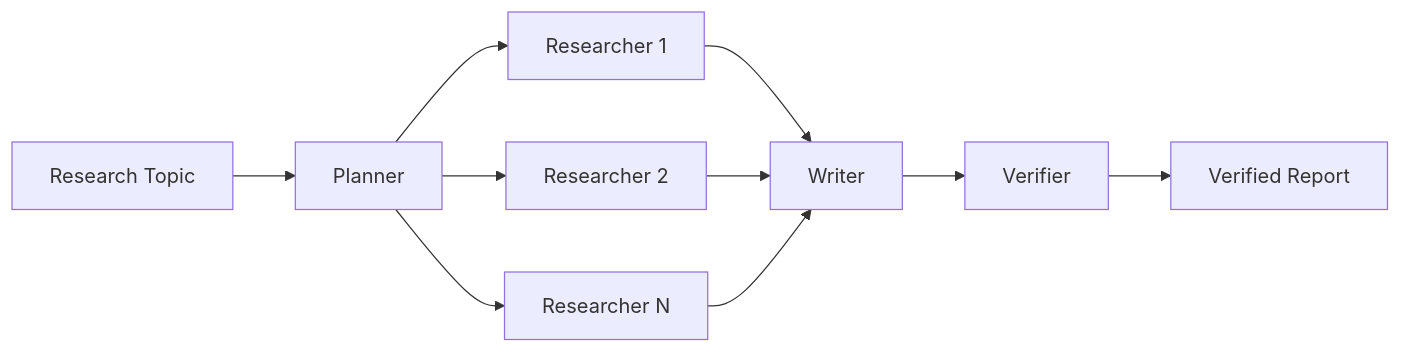
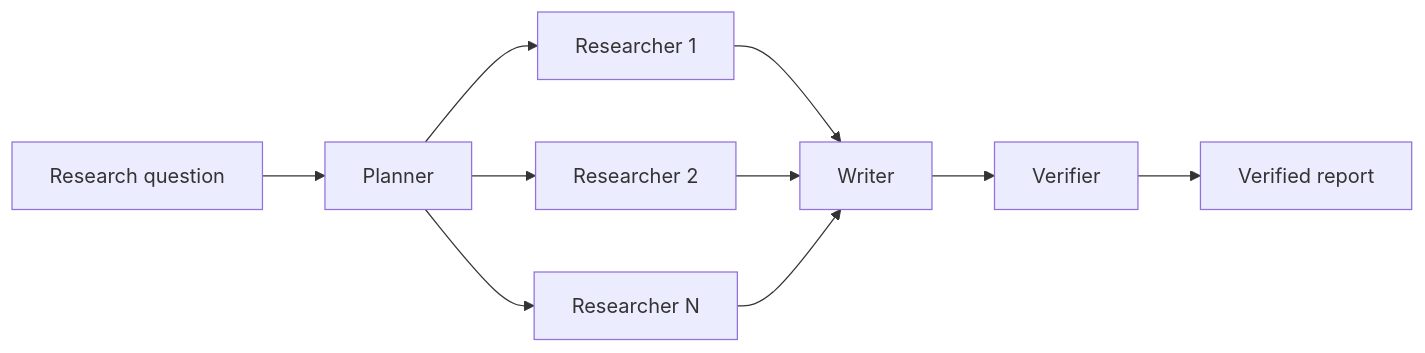
The diagram in README.md (binpengliu0401/CiteGuard), drawn with Mermaid before and after one commit. The commit also changed other lines of this file and 39 other files, not shown here.

````diff
--- a/README.md
+++ b/README.md
@@ -15,12 +20,12 @@
 ```mermaid
 flowchart LR
-    A[Research Topic] --> B[Planner]
+    A[Research question] --> B[Planner]
     B --> C1[Researcher 1]
     B --> C2[Researcher 2]
     B --> C3[Researcher N]
     C1 --> D[Writer]
     C2 --> D
     C3 --> D
     D --> E[Verifier]
-    E --> F[Verified Report]
+    E --> F[Verified report]
 ```
````
